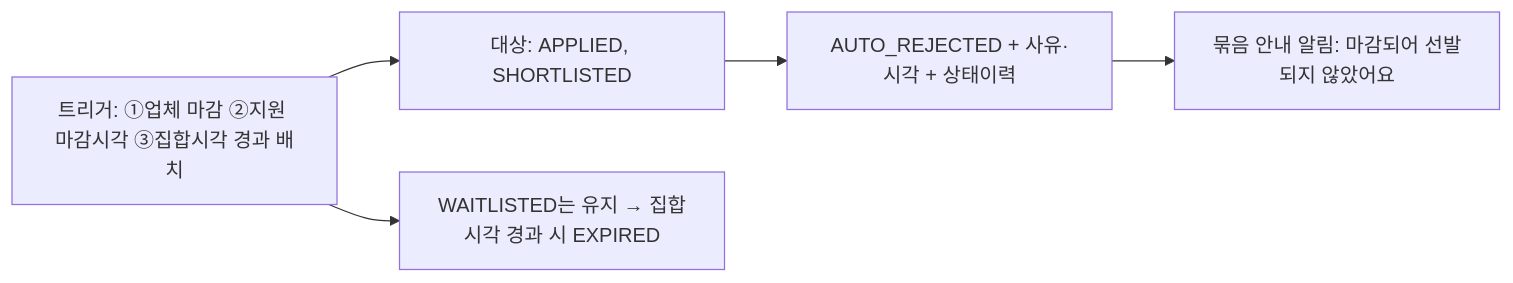
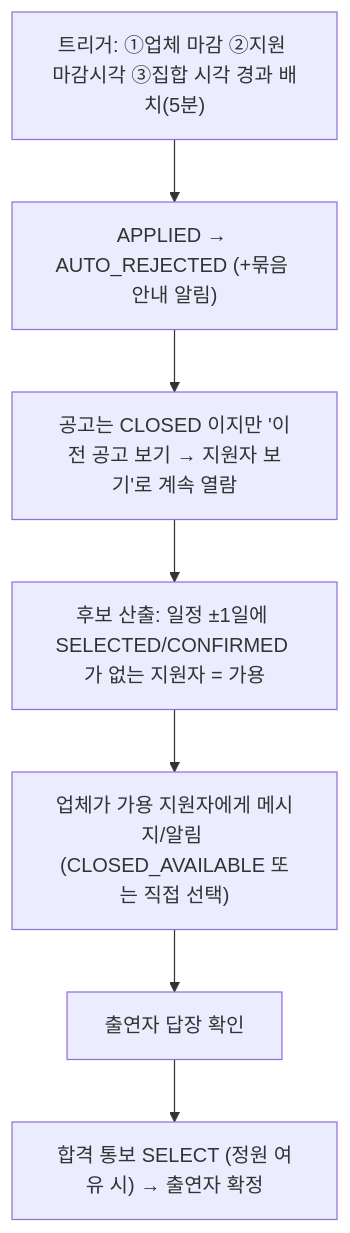
Before and after one commit to 7fsikMinQ/O: the sixth of 12 diagrams in docs/02_프로세스정의서.md, drawn with Mermaid. The commit also changed other lines of this file and 38 other files, not shown here.

````diff
--- a/docs/02_프로세스정의서.md
+++ b/docs/02_프로세스정의서.md
@@ -98,7 +112,9 @@
 ```mermaid
-flowchart LR
-  A[트리거: ①업체 마감 ②지원 마감시각 ③집합시각 경과 배치] --> B[대상: APPLIED, SHORTLISTED]
-  B --> C["AUTO_REJECTED + 사유·시각 + 상태이력"]
-  C --> D[묶음 안내 알림: 마감되어 선발되지 않았어요]
-  A --> E["WAITLISTED는 유지 → 집합시각 경과 시 EXPIRED"]
+flowchart TD
+  A["트리거: ①업체 마감 ②지원 마감시각 ③집합 시각 경과 배치(5분)"] --> B["APPLIED → AUTO_REJECTED (+묶음 안내 알림)"]
+  B --> C["공고는 CLOSED 이지만 '이전 공고 보기 → 지원자 보기'로 계속 열람"]
+  C --> D["후보 산출: 일정 ±1일에 SELECTED/CONFIRMED 가 없는 지원자 = 가용"]
+  D --> E["업체가 가용 지원자에게 메시지/알림 (CLOSED_AVAILABLE 또는 직접 선택)"]
+  E --> F["출연자 답장 확인"]
+  F --> G["합격 통보 SELECT (정원 여유 시) → 출연자 확정"]
 ```
````
